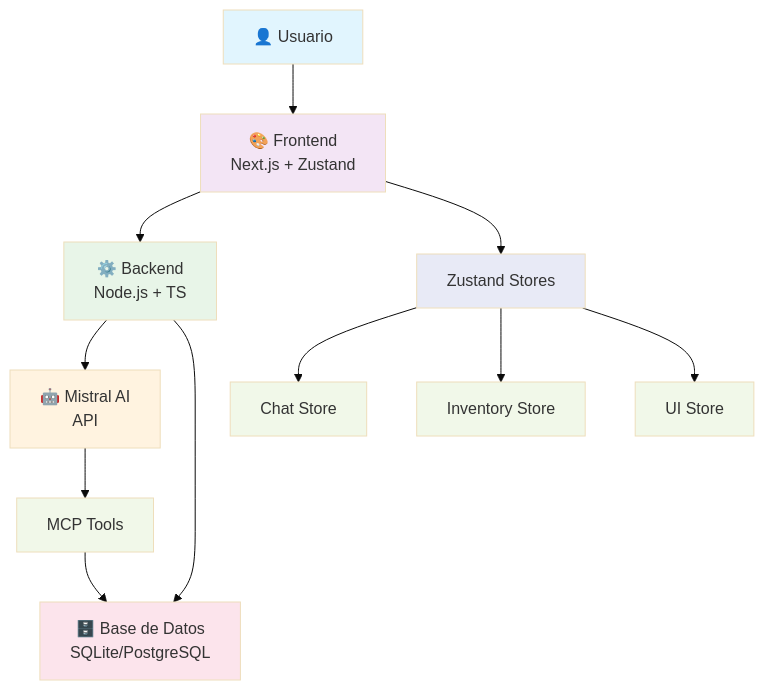
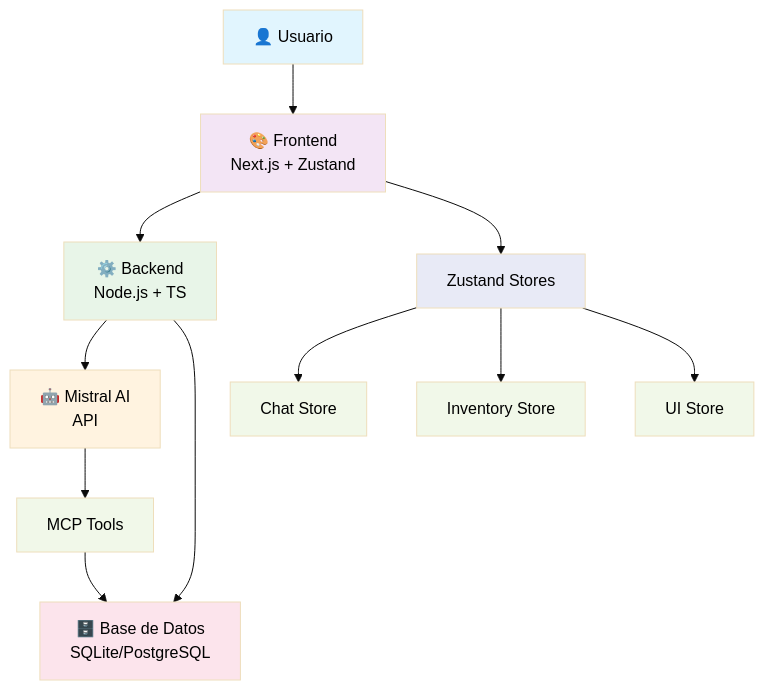
The diagram in README.md (mauroociappinaph/proyecto-ia-cosmetica), drawn with Mermaid (base theme) before and after one commit.

Commit message:
Update Mermaid diagram text color to black
- Add color:black property to all node styles in architecture diagram
- Improve text readability by ensuring black text on colored backgrounds

````diff
--- a/README.md
+++ b/README.md
@@ -72,27 +72,27 @@
 ```mermaid
 graph TB
     A[👤 Usuario] --> B[🎨 Frontend<br/>Next.js + Zustand]
     B --> C[⚙️ Backend<br/>Node.js + TS]
 
     C --> D[🤖 Mistral AI<br/>API]
     C --> E[🗄️ Base de Datos<br/>SQLite/PostgreSQL]
 
     D --> F[MCP Tools]
     F --> E
 
     B --> G[Zustand Stores]
     G --> H[Chat Store]
     G --> I[Inventory Store]
     G --> J[UI Store]
 
-    style A fill:#e1f5fe
-    style B fill:#f3e5f5
-    style C fill:#e8f5e8
-    style D fill:#fff3e0
-    style E fill:#fce4ec
-    style F fill:#f1f8e9
-    style G fill:#e8eaf6
-    style H fill:#f1f8e9
-    style I fill:#f1f8e9
-    style J fill:#f1f8e9
+    style A fill:#e1f5fe,color:black
+    style B fill:#f3e5f5,color:black
+    style C fill:#e8f5e8,color:black
+    style D fill:#fff3e0,color:black
+    style E fill:#fce4ec,color:black
+    style F fill:#f1f8e9,color:black
+    style G fill:#e8eaf6,color:black
+    style H fill:#f1f8e9,color:black
+    style I fill:#f1f8e9,color:black
+    style J fill:#f1f8e9,color:black
 ```
````
